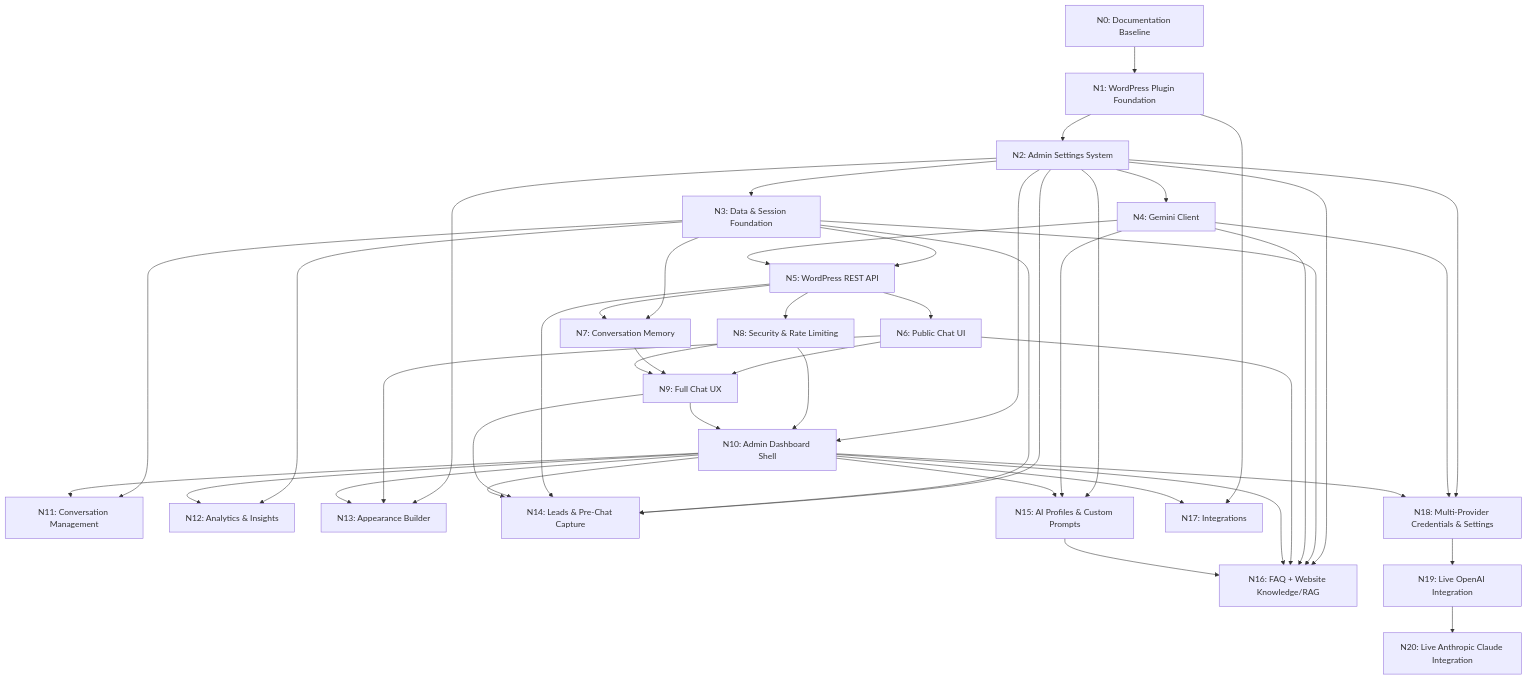
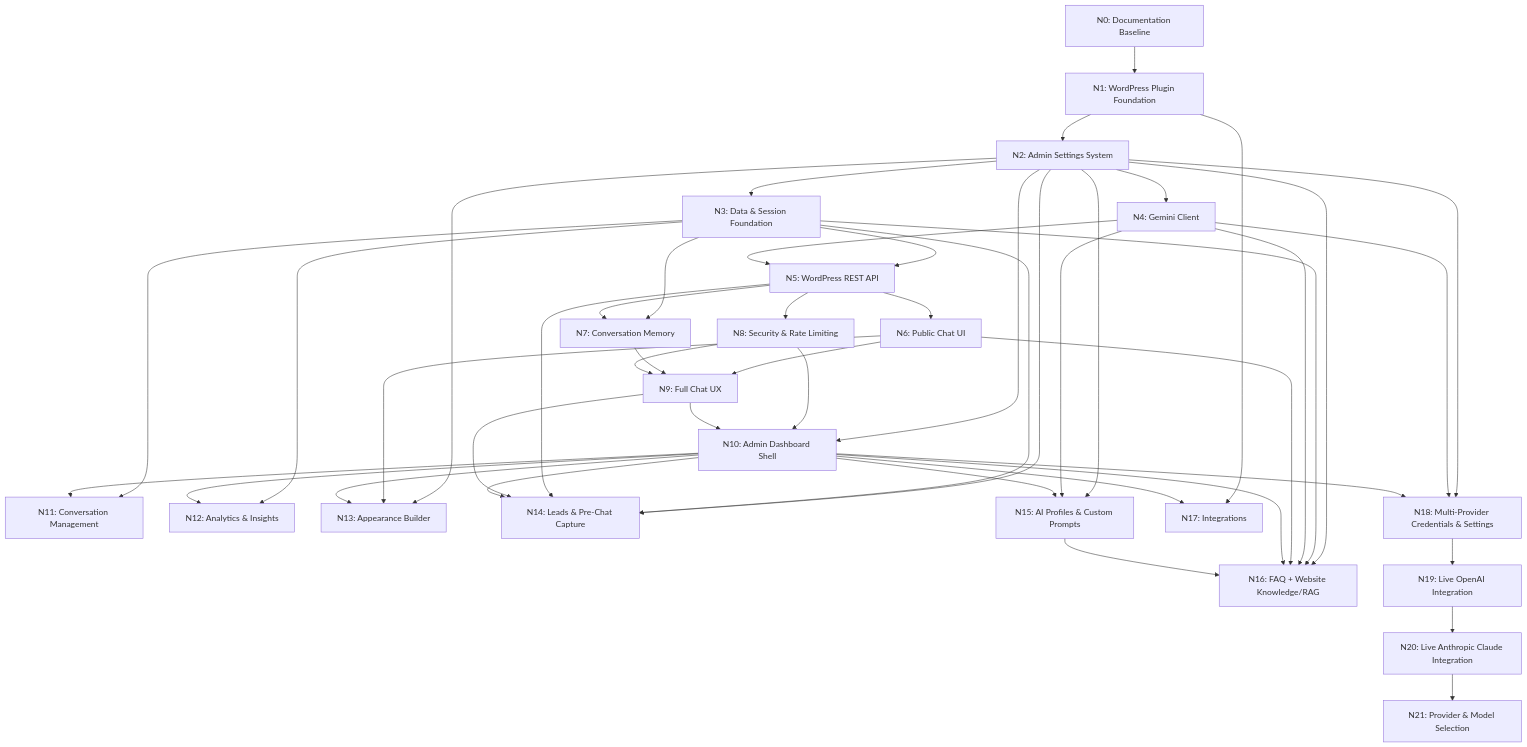
The diagram in ROADMAP.md (jattiphrswan/chatbot), drawn with Mermaid before and after one commit. The commit also changed other lines of this file and 23 other files, not shown here.

Commit message:
feat: complete Node N21 provider and model selection

````diff
--- a/ROADMAP.md
+++ b/ROADMAP.md
@@ -5,47 +5,48 @@
 ```mermaid
 flowchart TD
     N0[N0: Documentation Baseline] --> N1[N1: WordPress Plugin Foundation]
     N1 --> N2[N2: Admin Settings System]
     N2 --> N3[N3: Data & Session Foundation]
     N2 --> N4[N4: Gemini Client]
     N3 --> N5[N5: WordPress REST API]
     N4 --> N5
     N5 --> N6[N6: Public Chat UI]
     N3 --> N7[N7: Conversation Memory]
     N5 --> N7
     N5 --> N8[N8: Security & Rate Limiting]
     N6 --> N9[N9: Full Chat UX]
     N7 --> N9
     N8 --> N9
     N2 --> N10[N10: Admin Dashboard Shell]
     N8 --> N10
     N9 --> N10
     N3 --> N11[N11: Conversation Management]
     N10 --> N11
     N3 --> N12[N12: Analytics & Insights]
     N10 --> N12
     N2 --> N13[N13: Appearance Builder]
     N6 --> N13
     N10 --> N13
     N2 --> N14[N14: Leads & Pre-Chat Capture]
     N3 --> N14
     N5 --> N14
     N9 --> N14
     N10 --> N14
     N2 --> N15[N15: AI Profiles & Custom Prompts]
     N4 --> N15
     N10 --> N15
     N2 --> N16[N16: FAQ + Website Knowledge/RAG]
     N3 --> N16
     N4 --> N16
     N6 --> N16
     N10 --> N16
     N15 --> N16
     N1 --> N17[N17: Integrations]
     N10 --> N17
     N2 --> N18[N18: Multi-Provider Credentials & Settings]
     N4 --> N18
     N10 --> N18
     N18 --> N19[N19: Live OpenAI Integration]
     N19 --> N20[N20: Live Anthropic Claude Integration]
+    N20 --> N21[N21: Provider & Model Selection]
 ```
````
